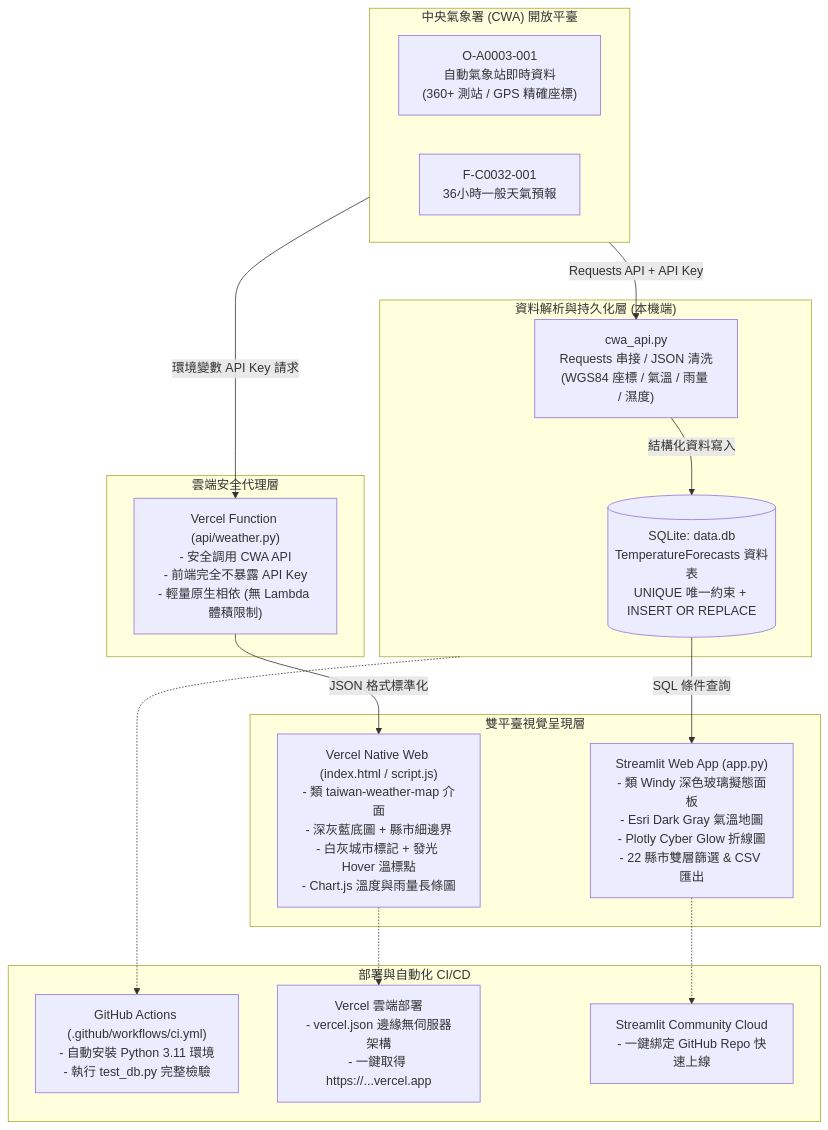
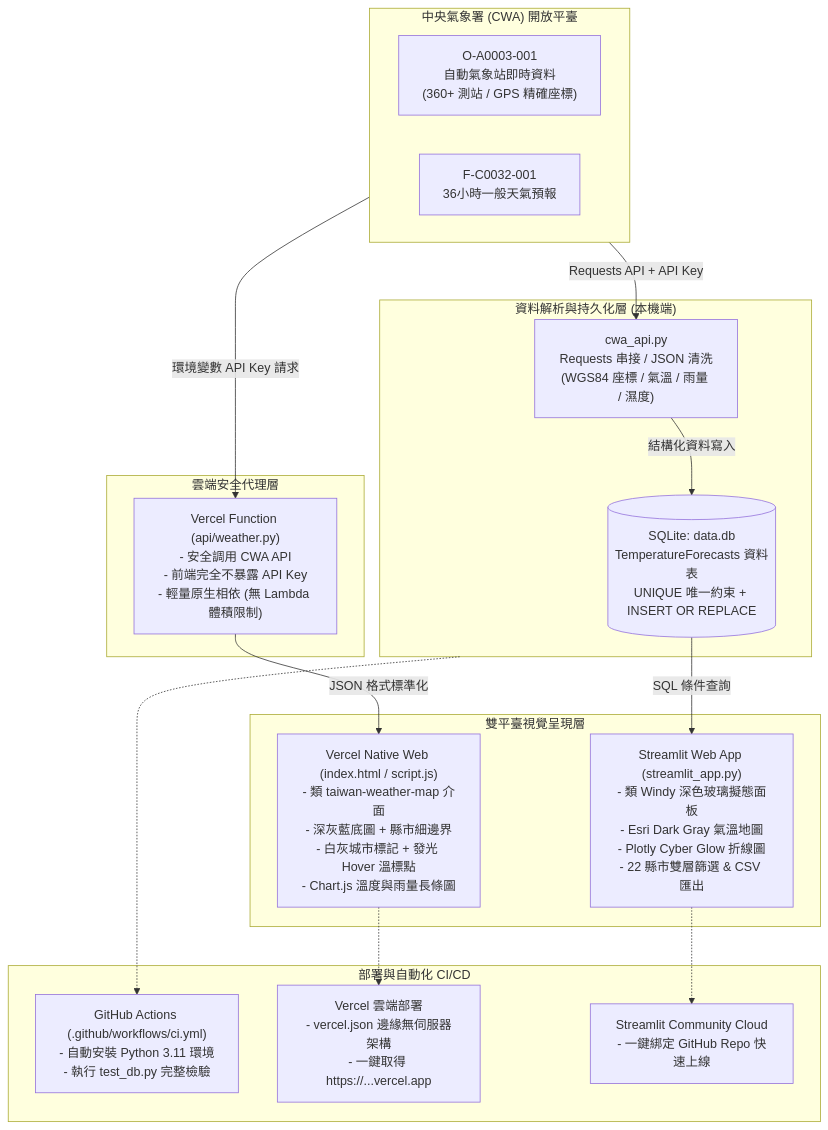
Before and after one commit to Augustine-723/AIoT_L3_CWA_HW1: the diagram in README.md, drawn with Mermaid. The commit also changed other lines of this file and 3 other files, not shown here.

````diff
--- a/README.md
+++ b/README.md
@@ -20,36 +20,36 @@
 ```mermaid
 flowchart TD
     subgraph CWA["中央氣象署 (CWA) 開放平臺"]
         A1["O-A0003-001<br/>自動氣象站即時資料<br/>(360+ 測站 / GPS 精確座標)"]
         A2["F-C0032-001<br/>36小時一般天氣預報"]
     end
 
     subgraph Core["資料解析與持久化層 (本機端)"]
         B["cwa_api.py<br/>Requests 串接 / JSON 清洗<br/>(WGS84 座標 / 氣溫 / 雨量 / 濕度)"]
         C[("SQLite: data.db<br/>TemperatureForecasts 資料表<br/>UNIQUE 唯一約束 + INSERT OR REPLACE")]
     end
 
     subgraph UI["雙平臺視覺呈現層"]
-        D1["Streamlit Web App (app.py)<br/>- 類 Windy 深色玻璃擬態面板<br/>- Esri Dark Gray 氣溫地圖<br/>- Plotly Cyber Glow 折線圖<br/>- 22 縣市雙層篩選 & CSV 匯出"]
+        D1["Streamlit Web App (streamlit_app.py)<br/>- 類 Windy 深色玻璃擬態面板<br/>- Esri Dark Gray 氣溫地圖<br/>- Plotly Cyber Glow 折線圖<br/>- 22 縣市雙層篩選 & CSV 匯出"]
         D2["Vercel Native Web (index.html / script.js)<br/>- 類 taiwan-weather-map 介面<br/>- 深灰藍底圖 + 縣市細邊界<br/>- 白灰城市標記 + 發光 Hover 溫標點<br/>- Chart.js 溫度與雨量長條圖"]
     end
 
     subgraph Serverless["雲端安全代理層"]
         API["Vercel Function (api/weather.py)<br/>- 安全調用 CWA API<br/>- 前端完全不暴露 API Key<br/>- 輕量原生相依 (無 Lambda 體積限制)"]
     end
 
     subgraph Deploy["部署與自動化 CI/CD"]
         E1["GitHub Actions (.github/workflows/ci.yml)<br/>- 自動安裝 Python 3.11 環境<br/>- 執行 test_db.py 完整檢驗"]
         E2["Vercel 雲端部署<br/>- vercel.json 邊緣無伺服器架構<br/>- 一鍵取得 https://...vercel.app"]
         E3["Streamlit Community Cloud<br/>- 一鍵綁定 GitHub Repo 快速上線"]
     end
 
     CWA -->|Requests API + API Key| B
     B -->|結構化資料寫入| C
     C -->|SQL 條件查詢| D1
     CWA -->|環境變數 API Key 請求| API
     API -->|JSON 格式標準化| D2
     D1 -.-> E3
     D2 -.-> E2
     Core -.-> E1
 ```
````
